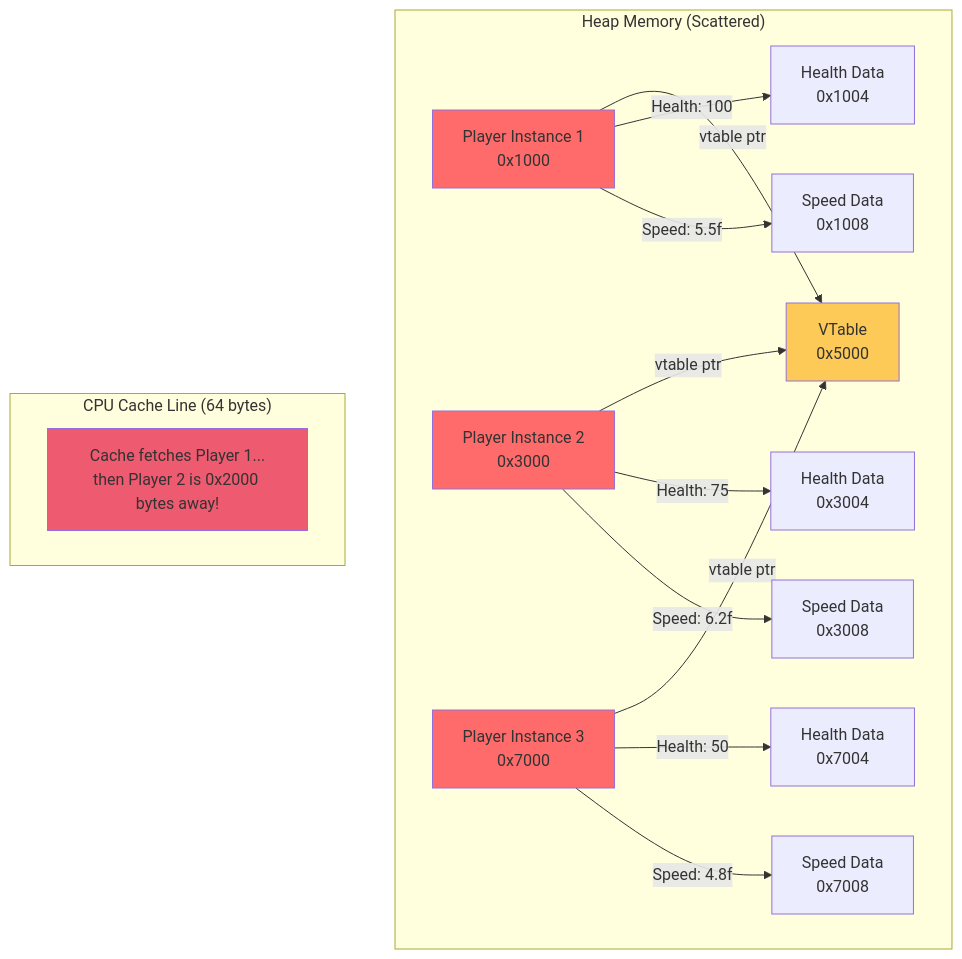
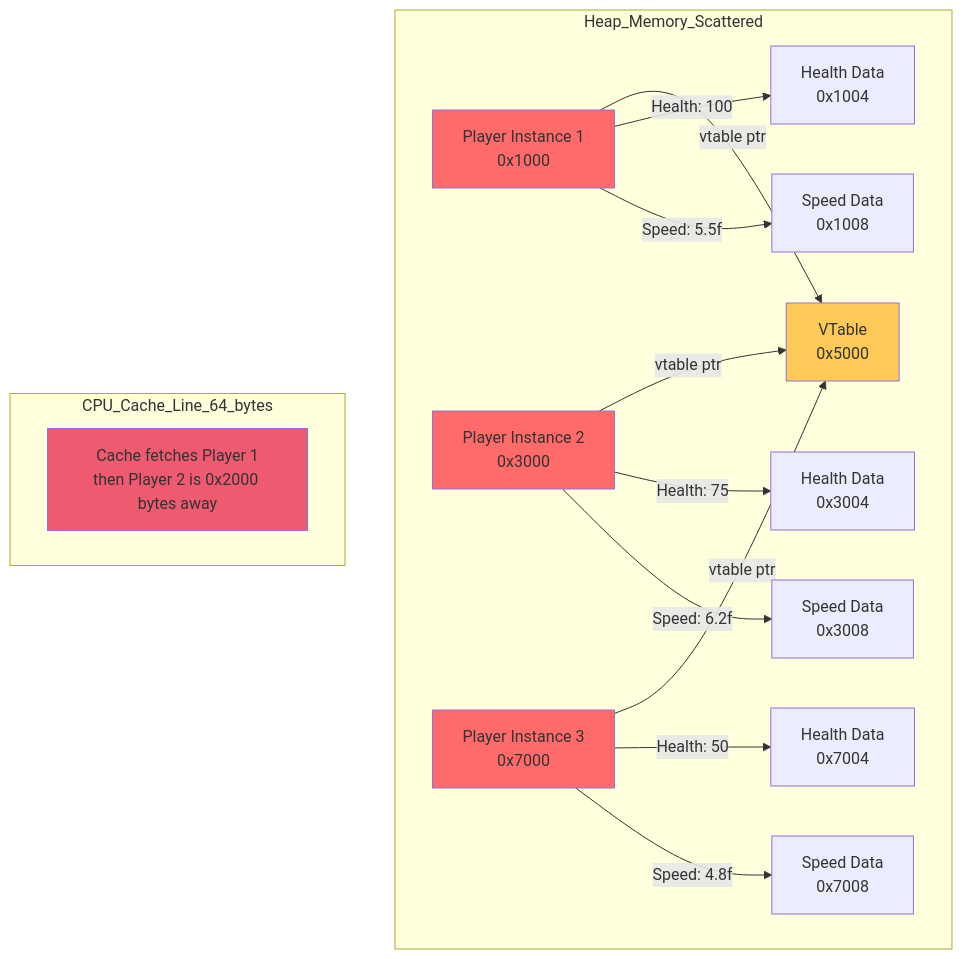
Before and after one commit to IAFahim/data-oriented-design-standards: the first of 13 diagrams in 01-the-golden-rule.md, drawn with Mermaid. The commit also changed other lines of this file and 3 other files, not shown here.

````diff
--- a/01-the-golden-rule.md
+++ b/01-the-golden-rule.md
@@ -62,26 +62,26 @@
 ```mermaid
 graph TD
-    subgraph "Heap Memory (Scattered)"
+    subgraph Heap_Memory_Scattered
         A[Player Instance 1<br/>0x1000] -->|vtable ptr| V1[VTable<br/>0x5000]
         A -->|Health: 100| AH[Health Data<br/>0x1004]
         A -->|Speed: 5.5f| AS[Speed Data<br/>0x1008]
         
         B[Player Instance 2<br/>0x3000] -->|vtable ptr| V1
         B -->|Health: 75| BH[Health Data<br/>0x3004]
         B -->|Speed: 6.2f| BS[Speed Data<br/>0x3008]
         
         C[Player Instance 3<br/>0x7000] -->|vtable ptr| V1
         C -->|Health: 50| CH[Health Data<br/>0x7004]
         C -->|Speed: 4.8f| CS[Speed Data<br/>0x7008]
     end
     
-    subgraph "CPU Cache Line (64 bytes)"
-        CL[Cache fetches Player 1...<br/>then Player 2 is 0x2000 bytes away!]
+    subgraph CPU_Cache_Line_64_bytes
+        CL[Cache fetches Player 1<br/>then Player 2 is 0x2000 bytes away]
     end
     
     style A fill:#ff6b6b
     style B fill:#ff6b6b
     style C fill:#ff6b6b
     style V1 fill:#feca57
     style CL fill:#ee5a6f
 ```
````
